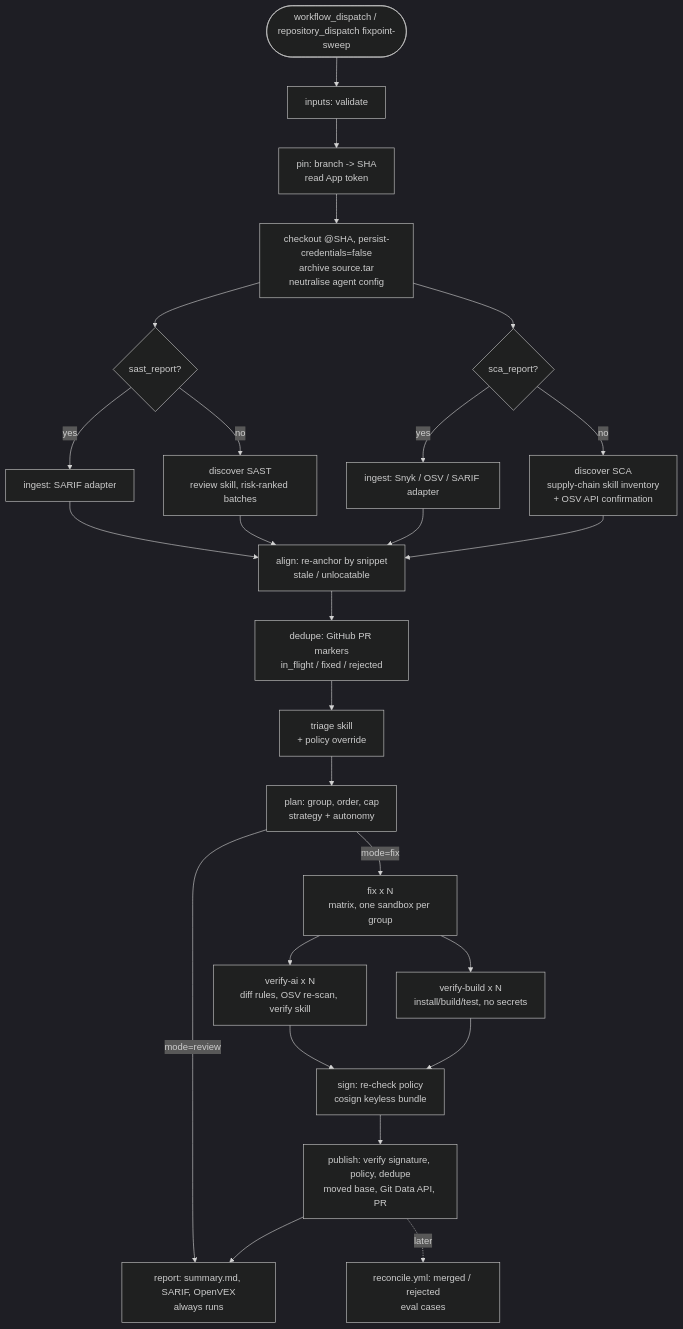
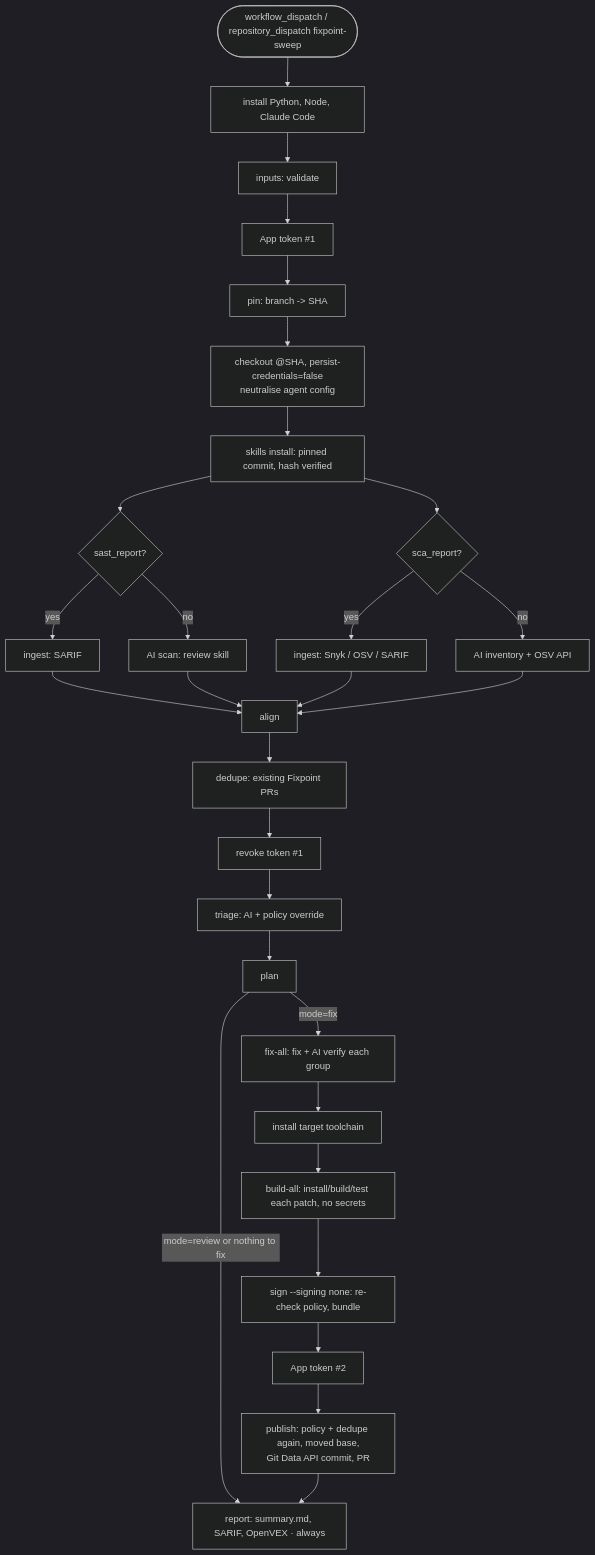
The diagram in docs/ARCHITECTURE.md (basusaswata/Auto_Fixpoint), drawn with Mermaid (dark theme) before and after one commit. The commit also changed other lines of this file and 10 other files, not shown here.

First line of the commit message:
Collapse the pipeline into one self-sufficient GitHub Actions job (POC)

````diff
--- a/docs/ARCHITECTURE.md
+++ b/docs/ARCHITECTURE.md
@@ -8,24 +11,28 @@
 ```mermaid
 flowchart TD
-    T([workflow_dispatch / repository_dispatch fixpoint-sweep]) --> IN[inputs: validate]
-    IN --> PIN[pin: branch -> SHA<br/>read App token]
-    PIN --> CO[checkout @SHA, persist-credentials=false<br/>archive source.tar<br/>neutralise agent config]
-    CO --> SAST{sast_report?}
-    CO --> SCA{sca_report?}
-    SAST -- yes --> ING1[ingest: SARIF adapter]
-    SAST -- no --> DS[discover SAST<br/>review skill, risk-ranked batches]
-    SCA -- yes --> ING2[ingest: Snyk / OSV / SARIF adapter]
-    SCA -- no --> DC[discover SCA<br/>supply-chain skill inventory<br/>+ OSV API confirmation]
-    ING1 & DS & ING2 & DC --> AL[align: re-anchor by snippet<br/>stale / unlocatable]
-    AL --> DD[dedupe: GitHub PR markers<br/>in_flight / fixed / rejected]
-    DD --> TR[triage skill<br/>+ policy override]
-    TR --> PL[plan: group, order, cap<br/>strategy + autonomy]
-    PL -- mode=review --> RP
-    PL -- mode=fix --> FX[fix x N<br/>matrix, one sandbox per group]
-    FX --> VA[verify-ai x N<br/>diff rules, OSV re-scan, verify skill]
-    FX --> VB[verify-build x N<br/>install/build/test, no secrets]
-    VA & VB --> SG[sign: re-check policy<br/>cosign keyless bundle]
-    SG --> PB[publish: verify signature, policy, dedupe<br/>moved base, Git Data API, PR]
-    PB --> RP[report: summary.md, SARIF, OpenVEX<br/>always runs]
-    PB -. later .-> RC[reconcile.yml: merged / rejected<br/>eval cases]
+    T([workflow_dispatch / repository_dispatch fixpoint-sweep]) --> TOOLS[install Python, Node, Claude Code]
+    TOOLS --> IN[inputs: validate]
+    IN --> TOK1[App token #1]
+    TOK1 --> PIN[pin: branch -> SHA]
+    PIN --> CO[checkout @SHA, persist-credentials=false<br/>neutralise agent config]
+    CO --> SK[skills install: pinned commit, hash verified]
+    SK --> SAST{sast_report?}
+    SK --> SCA{sca_report?}
+    SAST -- yes --> ING1[ingest: SARIF]
+    SAST -- no --> DS[AI scan: review skill]
+    SCA -- yes --> ING2[ingest: Snyk / OSV / SARIF]
+    SCA -- no --> DC[AI inventory + OSV API]
+    ING1 & DS & ING2 & DC --> AL[align]
+    AL --> DD[dedupe: existing Fixpoint PRs]
+    DD --> REV[revoke token #1]
+    REV --> TR[triage: AI + policy override]
+    TR --> PL[plan]
+    PL -- mode=review or nothing to fix --> RP
+    PL -- mode=fix --> FX[fix-all: fix + AI verify each group]
+    FX --> TC[install target toolchain]
+    TC --> BD[build-all: install/build/test each patch, no secrets]
+    BD --> BU[sign --signing none: re-check policy, bundle]
+    BU --> TOK2[App token #2]
+    TOK2 --> PB[publish: policy + dedupe again, moved base,<br/>Git Data API commit, PR]
+    PB --> RP[report: summary.md, SARIF, OpenVEX · always]
 ```
````
